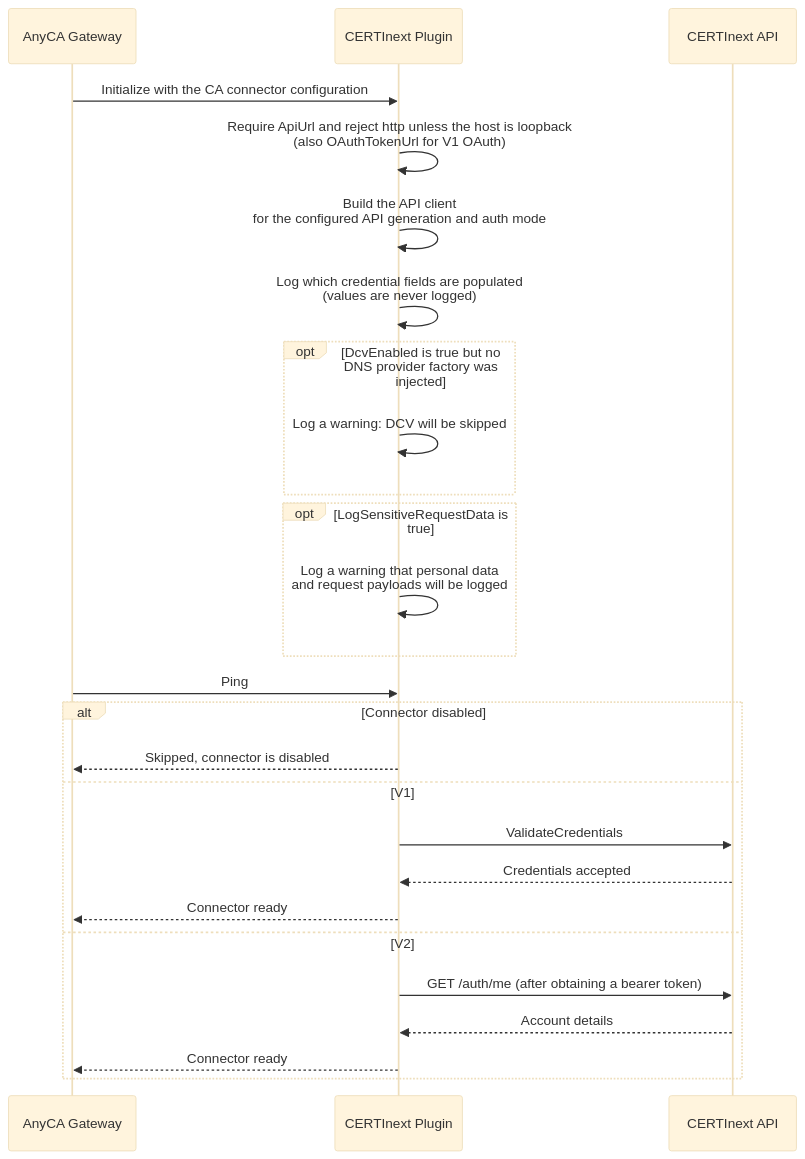
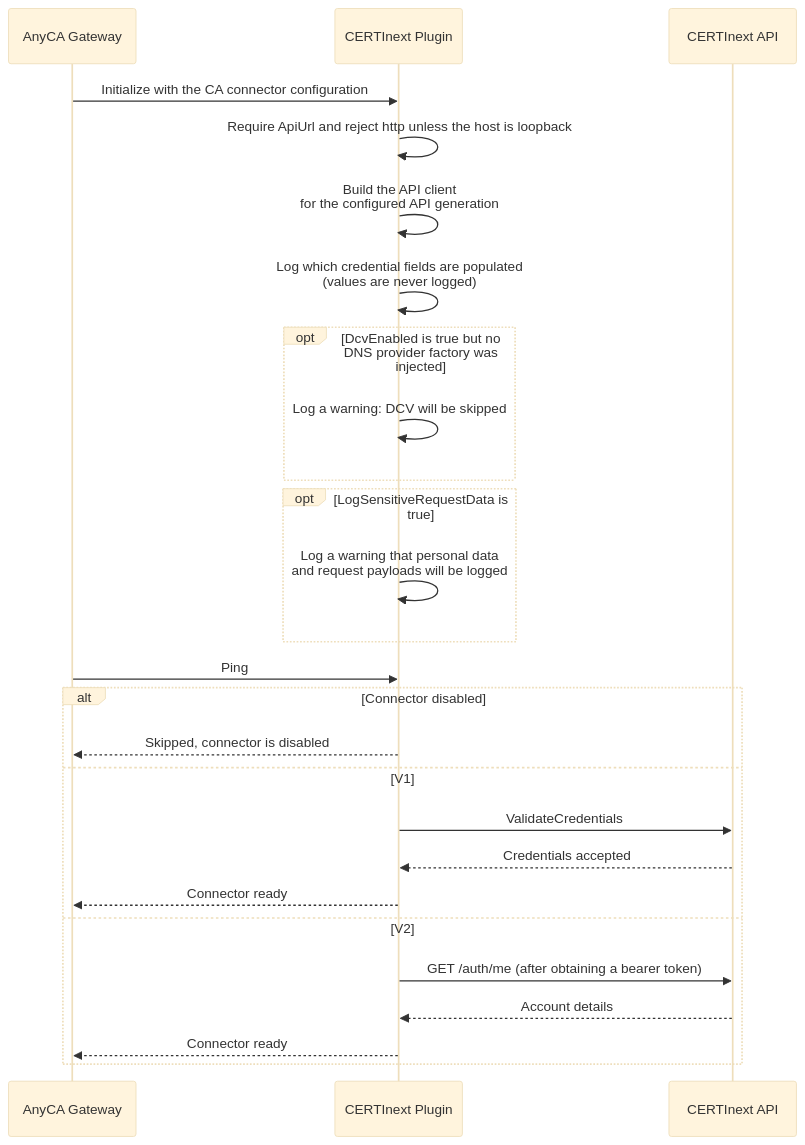
One commit to Keyfactor/certinext-caplugin changed the first of 10 diagrams in docsource/architecture.md. Above: the diagram before and after it, drawn with Mermaid (base theme). The commit also changed other lines of this file and 3 other files, not shown here.

First line of the commit message:
docs: fix architecture, migration, developer guide, and changelog accuracy and readability

````diff
--- a/docsource/architecture.md
+++ b/docsource/architecture.md
@@ -81,29 +92,29 @@
 ```mermaid
 sequenceDiagram
     participant GW as AnyCA Gateway
     participant Plugin as CERTInext Plugin
     participant API as CERTInext API
 
     GW->>Plugin: Initialize with the CA connector configuration
-    Plugin->>Plugin: Require ApiUrl and reject http unless the host is loopback<br/>(also OAuthTokenUrl for V1 OAuth)
-    Plugin->>Plugin: Build the API client<br/>for the configured API generation and auth mode
+    Plugin->>Plugin: Require ApiUrl and reject http unless the host is loopback
+    Plugin->>Plugin: Build the API client<br/>for the configured API generation
     Plugin->>Plugin: Log which credential fields are populated<br/>(values are never logged)
     opt DcvEnabled is true but no DNS provider factory was injected
         Plugin->>Plugin: Log a warning: DCV will be skipped
     end
     opt LogSensitiveRequestData is true
         Plugin->>Plugin: Log a warning that personal data<br/>and request payloads will be logged
     end
     GW->>Plugin: Ping
     alt Connector disabled
         Plugin-->>GW: Skipped, connector is disabled
     else V1
         Plugin->>API: ValidateCredentials
         API-->>Plugin: Credentials accepted
         Plugin-->>GW: Connector ready
     else V2
         Plugin->>API: GET /auth/me (after obtaining a bearer token)
         API-->>Plugin: Account details
         Plugin-->>GW: Connector ready
     end
 ```
````
